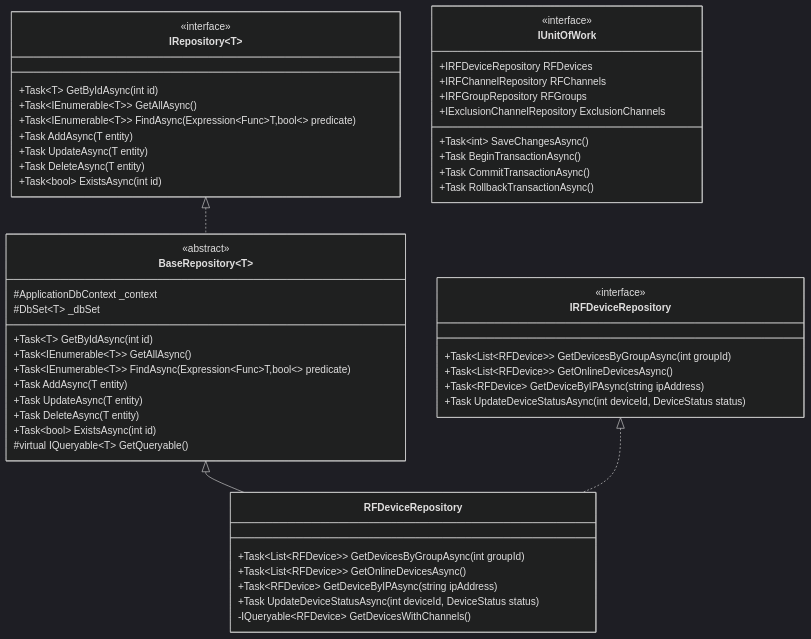
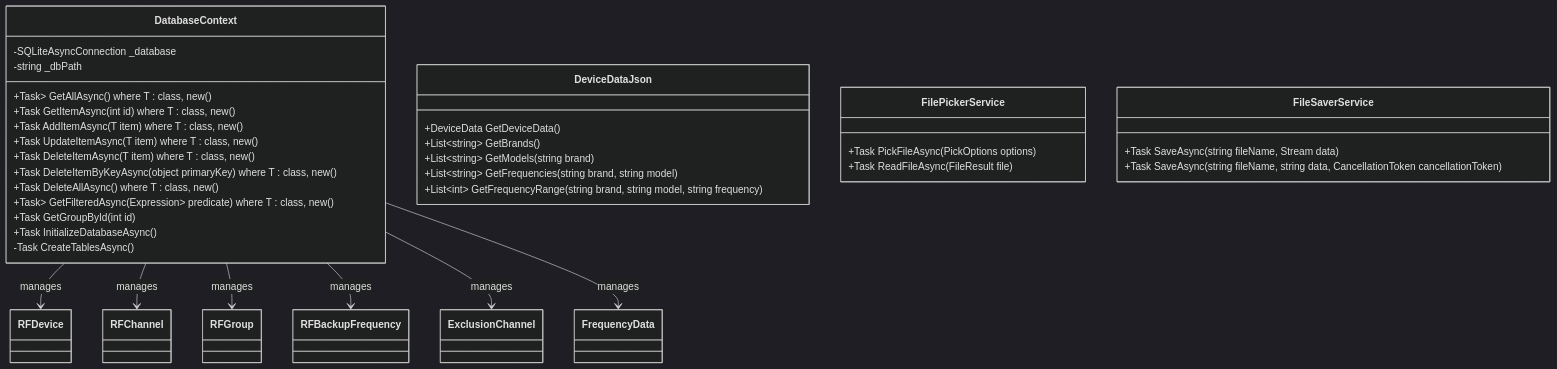
The tenth of 13 diagrams in docusaurus/docs/uml-analysis/class-diagrams.md (Beatwen/RF_Go), drawn with Mermaid (dark theme) before and after one commit. The commit also changed other lines of this file and 123 other files, not shown here.

````diff
--- a/docusaurus/docs/uml-analysis/class-diagrams.md
+++ b/docusaurus/docs/uml-analysis/class-diagrams.md
@@ -498,60 +975,44 @@
 ```mermaid
 classDiagram
-    class IRepository~T~ {
-        <<interface>>
-        +Task~T~ GetByIdAsync(int id)
-        +Task~IEnumerable~T~~ GetAllAsync()
-        +Task~IEnumerable~T~~ FindAsync(Expression~Func~T,bool~~ predicate)
-        +Task AddAsync(T entity)
-        +Task UpdateAsync(T entity)
-        +Task DeleteAsync(T entity)
-        +Task~bool~ ExistsAsync(int id)
+    class DatabaseContext {
+        -SQLiteAsyncConnection _database
+        -string _dbPath
+        
+        +Task<List<T>> GetAllAsync<T>() where T : class, new()
+        +Task<T> GetItemAsync<T>(int id) where T : class, new()
+        +Task<bool> AddItemAsync<T>(T item) where T : class, new()
+        +Task<bool> UpdateItemAsync<T>(T item) where T : class, new()
+        +Task<bool> DeleteItemAsync<T>(T item) where T : class, new()
+        +Task<bool> DeleteItemByKeyAsync<T>(object primaryKey) where T : class, new()
+        +Task<bool> DeleteAllAsync<T>() where T : class, new()
+        +Task<List<T>> GetFilteredAsync<T>(Expression<Func<T, bool>> predicate) where T : class, new()
+        +Task<RFGroup> GetGroupById(int id)
+        +Task InitializeDatabaseAsync()
+        -Task CreateTablesAsync()
     }
     
-    class BaseRepository~T~ {
-        <<abstract>>
-        #ApplicationDbContext _context
-        #DbSet~T~ _dbSet
-        
-        +Task~T~ GetByIdAsync(int id)
-        +Task~IEnumerable~T~~ GetAllAsync()
-        +Task~IEnumerable~T~~ FindAsync(Expression~Func~T,bool~~ predicate)
-        +Task AddAsync(T entity)
-        +Task UpdateAsync(T entity)
-        +Task DeleteAsync(T entity)
-        +Task~bool~ ExistsAsync(int id)
-        #virtual IQueryable~T~ GetQueryable()
+    class DeviceDataJson {
+        +DeviceData GetDeviceData()
+        +List~string~ GetBrands()
+        +List~string~ GetModels(string brand)
+        +List~string~ GetFrequencies(string brand, string model)
+        +List~int~ GetFrequencyRange(string brand, string model, string frequency)
     }
     
-    class IRFDeviceRepository {
-        <<interface>>
-        +Task~List~RFDevice~~ GetDevicesByGroupAsync(int groupId)
-        +Task~List~RFDevice~~ GetOnlineDevicesAsync()
-        +Task~RFDevice~ GetDeviceByIPAsync(string ipAddress)
-        +Task UpdateDeviceStatusAsync(int deviceId, DeviceStatus status)
+    class FilePickerService {
+        +Task<FileResult> PickFileAsync(PickOptions options)
+        +Task<string> ReadFileAsync(FileResult file)
     }
     
-    class RFDeviceRepository {
-        +Task~List~RFDevice~~ GetDevicesByGroupAsync(int groupId)
-        +Task~List~RFDevice~~ GetOnlineDevicesAsync()
-        +Task~RFDevice~ GetDeviceByIPAsync(string ipAddress)
-        +Task UpdateDeviceStatusAsync(int deviceId, DeviceStatus status)
-        -IQueryable~RFDevice~ GetDevicesWithChannels()
+    class FileSaverService {
+        +Task<FileSaverResult> SaveAsync(string fileName, Stream data)
+        +Task<FileSaverResult> SaveAsync(string fileName, string data, CancellationToken cancellationToken)
     }
     
-    class IUnitOfWork {
-        <<interface>>
-        +IRFDeviceRepository RFDevices
-        +IRFChannelRepository RFChannels
-        +IRFGroupRepository RFGroups
-        +IExclusionChannelRepository ExclusionChannels
-        +Task~int~ SaveChangesAsync()
-        +Task BeginTransactionAsync()
-        +Task CommitTransactionAsync()
-        +Task RollbackTransactionAsync()
-    }
-    
-    IRepository~T~ <|.. BaseRepository~T~
-    BaseRepository~RFDevice~ <|-- RFDeviceRepository
-    IRFDeviceRepository <|.. RFDeviceRepository
+    DatabaseContext --> RFDevice : manages
+    DatabaseContext --> RFChannel : manages
+    DatabaseContext --> RFGroup : manages
+    DatabaseContext --> RFBackupFrequency : manages
+    DatabaseContext --> ExclusionChannel : manages
+    DatabaseContext --> FrequencyData : manages
 ```
````
